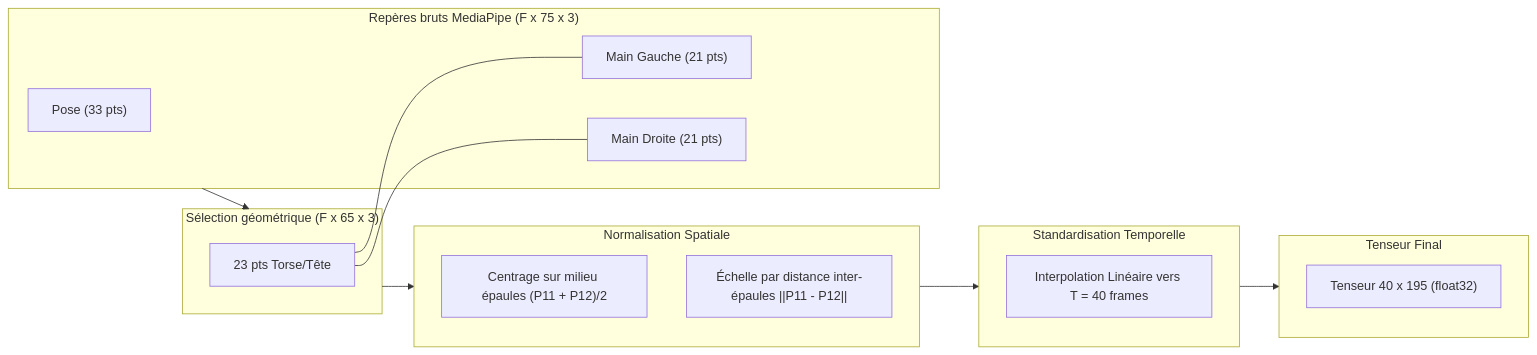
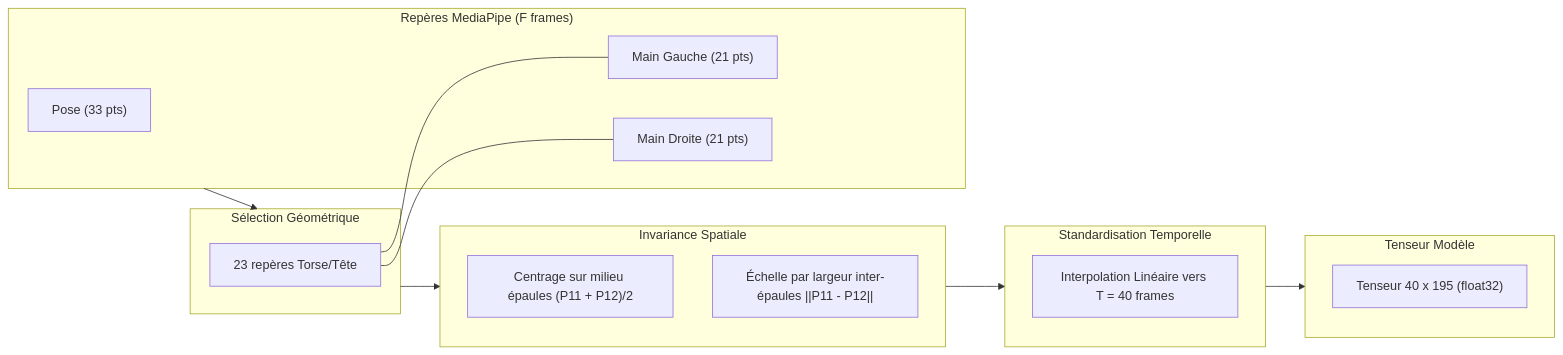
One commit to elm-as/lsfb-live changed the diagram in README.md. Above: the diagram before and after it, drawn with Mermaid. The commit also changed other lines of this file, not shown here.

````diff
--- a/README.md
+++ b/README.md
@@ -92,29 +74,29 @@
 ```mermaid
 flowchart LR
-    subgraph Entree ["Repères bruts MediaPipe (F x 75 x 3)"]
+    subgraph Capture ["Repères MediaPipe (F frames)"]
         P["Pose (33 pts)"]
         LH["Main Gauche (21 pts)"]
         RH["Main Droite (21 pts)"]
     end
 
-    subgraph Selection ["Sélection géométrique (F x 65 x 3)"]
-        UP["23 pts Torse/Tête"]
+    subgraph Selection ["Sélection Géométrique"]
+        UP["23 repères Torse/Tête"]
         UP --- LH
         UP --- RH
     end
 
-    subgraph Invariance ["Normalisation Spatiale"]
+    subgraph Invariance ["Invariance Spatiale"]
         C["Centrage sur milieu épaules (P11 + P12)/2"]
-        S["Échelle par distance inter-épaules ||P11 - P12||"]
+        S["Échelle par largeur inter-épaules ||P11 - P12||"]
     end
 
     subgraph Temporel ["Standardisation Temporelle"]
         T["Interpolation Linéaire vers T = 40 frames"]
     end
 
-    subgraph Sortie ["Tenseur Final"]
+    subgraph Sortie ["Tenseur Modèle"]
         OUT["Tenseur 40 x 195 (float32)"]
     end
 
-    Entree --> Selection --> Invariance --> Temporel --> Sortie
+    Capture --> Selection --> Invariance --> Temporel --> Sortie
 ```
````
